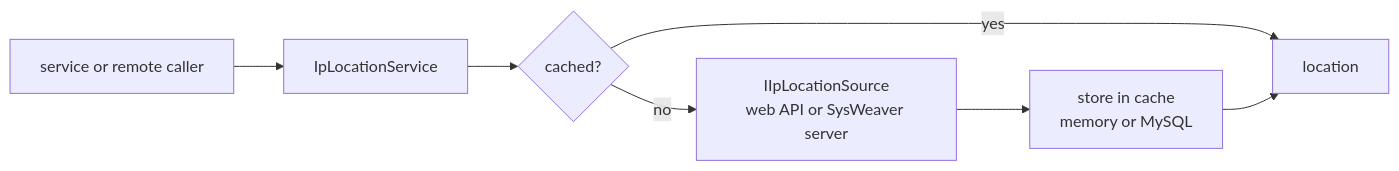
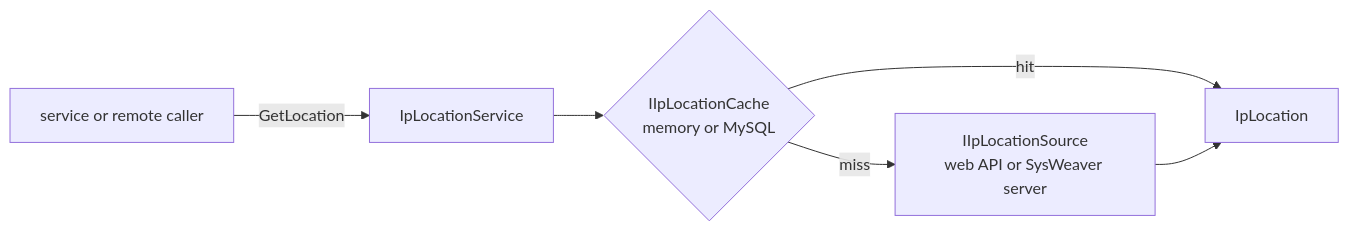
Before and after one commit to dosh1974/SysWeaver: the diagram in SysWeaver.IpLocation/README.md, drawn with Mermaid. The commit also changed other lines of this file and 532 other files, not shown here.

````diff
--- a/SysWeaver.IpLocation/README.md
+++ b/SysWeaver.IpLocation/README.md
@@ -18,9 +18,8 @@
 ```mermaid
 flowchart LR
-  Caller["service or remote caller"] --> ILS["IpLocationService"]
-  ILS --> Cache{"cached?"}
-  Cache -->|yes| Result["location"]
-  Cache -->|no| Src["IIpLocationSource<br/>web API or SysWeaver server"]
-  Src --> Store["store in cache<br/>memory or MySQL"]
-  Store --> Result
+  Caller["service or remote caller"] -->|GetLocation| ILS["IpLocationService"]
+  ILS --> Cache{"IIpLocationCache<br/>memory or MySQL"}
+  Cache -->|hit| Result["IpLocation"]
+  Cache -->|miss| Src["IIpLocationSource<br/>web API or SysWeaver server"]
+  Src --> Result
 ```
````
